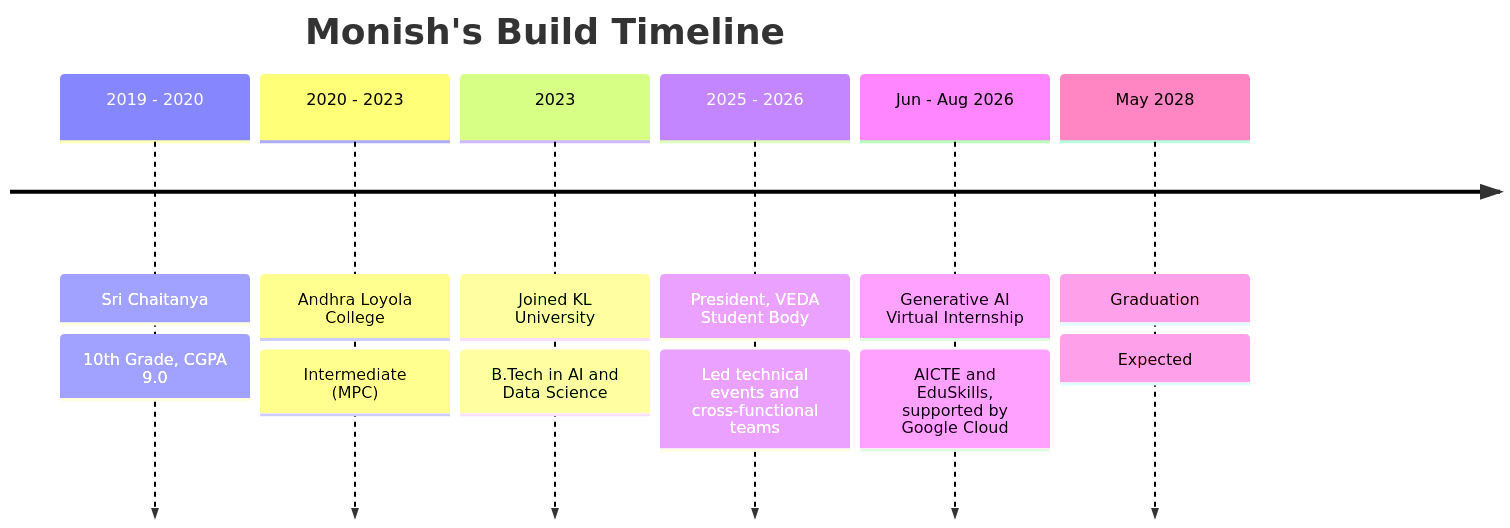
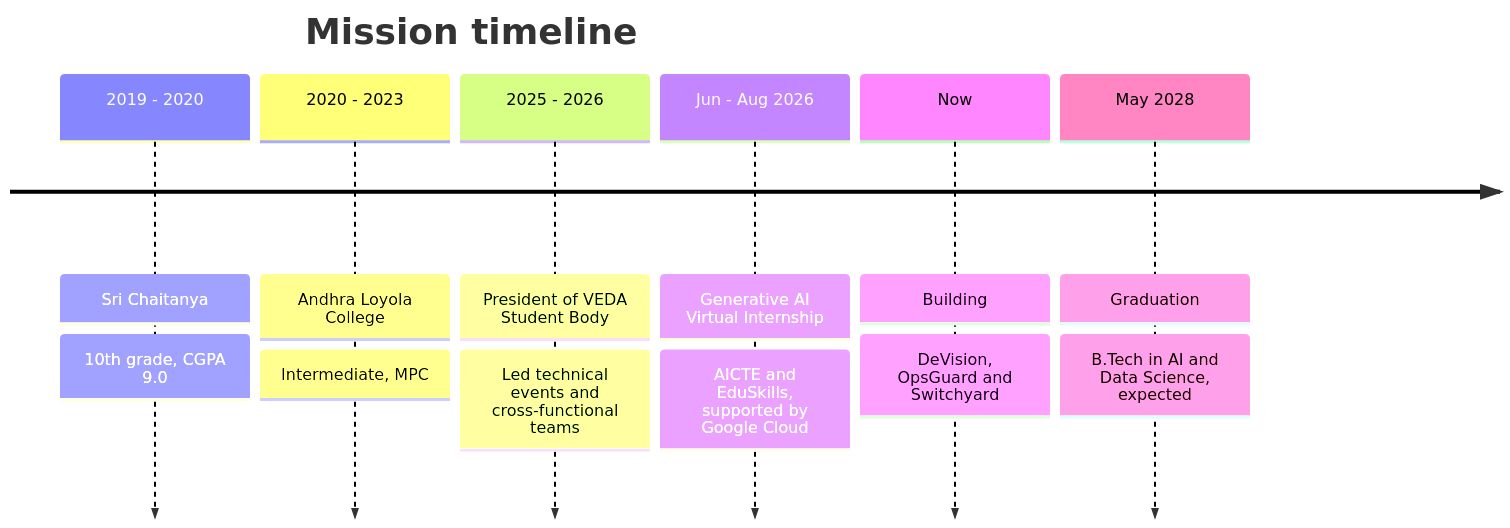
The fifth of 5 diagrams in README.md (Monish03905/Monish03905), drawn with Mermaid before and after one commit. The commit also changed other lines of this file, not shown here.

````diff
--- a/README.md
+++ b/README.md
@@ -330,10 +318,10 @@
 ```mermaid
 timeline
-    title Monish's Build Timeline
-    2019 - 2020 : Sri Chaitanya : 10th Grade, CGPA 9.0
-    2020 - 2023 : Andhra Loyola College : Intermediate (MPC)
-    2023 : Joined KL University : B.Tech in AI and Data Science
-    2025 - 2026 : President, VEDA Student Body : Led technical events and cross-functional teams
+    title Mission timeline
+    2019 - 2020 : Sri Chaitanya : 10th grade, CGPA 9.0
+    2020 - 2023 : Andhra Loyola College : Intermediate, MPC
+    2025 - 2026 : President of VEDA Student Body : Led technical events and cross-functional teams
     Jun - Aug 2026 : Generative AI Virtual Internship : AICTE and EduSkills, supported by Google Cloud
-    May 2028 : Graduation : Expected
+    Now : Building : DeVision, OpsGuard and Switchyard
+    May 2028 : Graduation : B.Tech in AI and Data Science, expected
 ```
````
